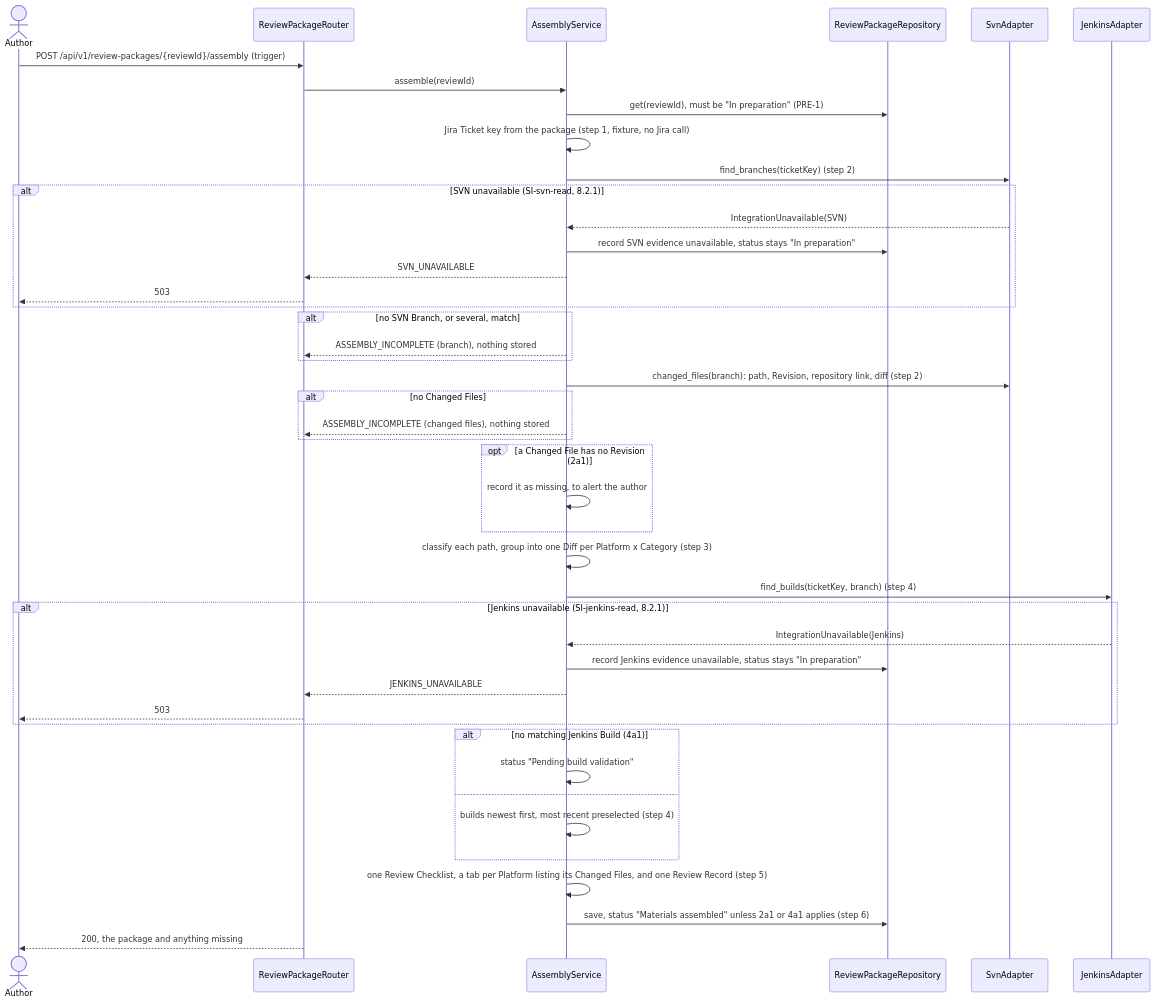
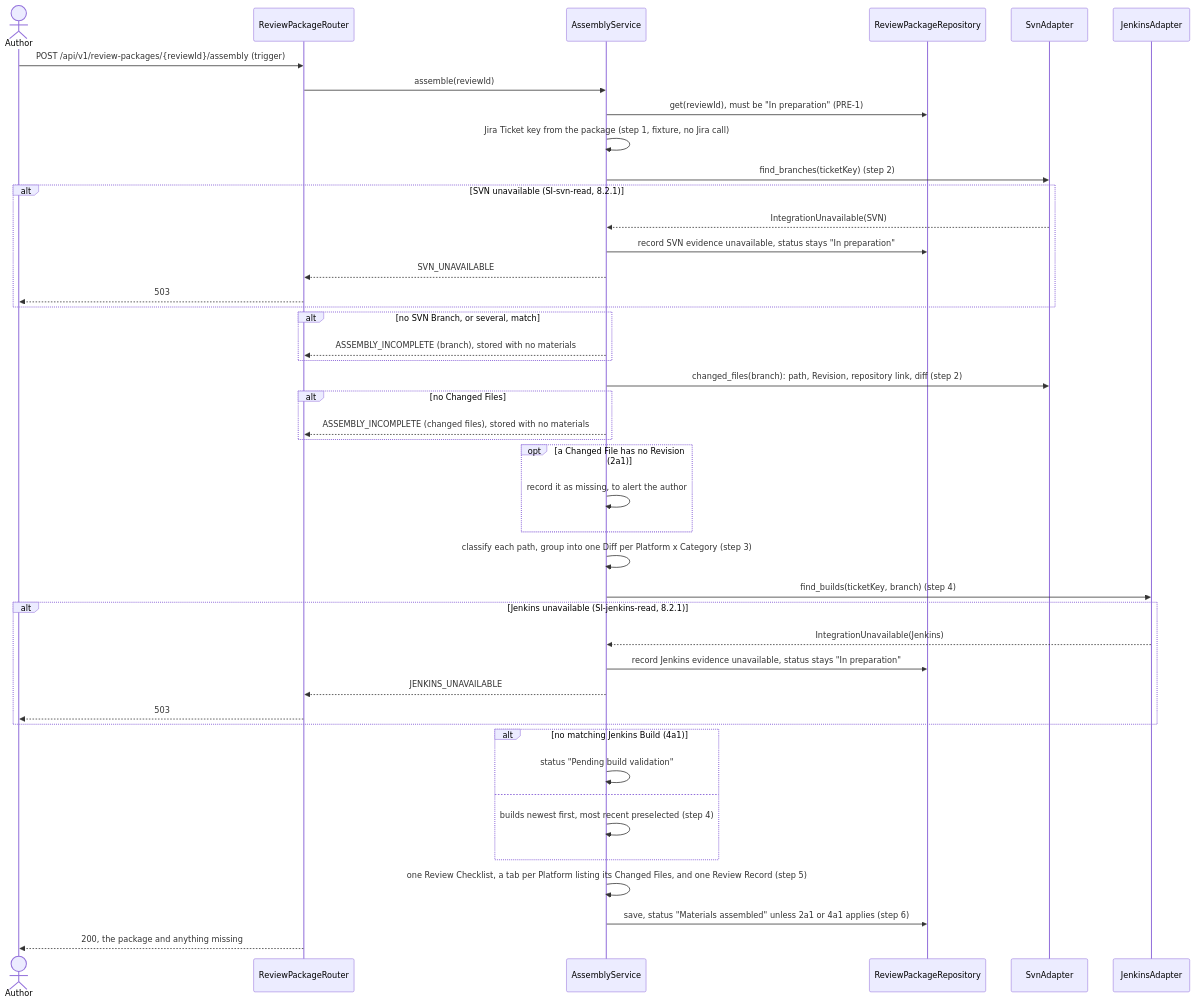
The second of 2 diagrams in docs/design/rev.md (olehzu/RevView-OMNI), drawn with Mermaid before and after one commit. The commit also changed other lines of this file and 7 other files, not shown here.

````diff
--- a/docs/design/rev.md
+++ b/docs/design/rev.md
@@ -97,46 +97,46 @@
 ```mermaid
 sequenceDiagram
     actor A as Author
     participant R as ReviewPackageRouter
     participant S as AssemblyService
     participant DB as ReviewPackageRepository
     participant SVN as SvnAdapter
     participant J as JenkinsAdapter
     A->>R: POST /api/v1/review-packages/{reviewId}/assembly (trigger)
     R->>S: assemble(reviewId)
     S->>DB: get(reviewId), must be "In preparation" (PRE-1)
     S->>S: Jira Ticket key from the package (step 1, fixture, no Jira call)
     S->>SVN: find_branches(ticketKey) (step 2)
     alt SVN unavailable (SI-svn-read, 8.2.1)
         SVN-->>S: IntegrationUnavailable(SVN)
         S->>DB: record SVN evidence unavailable, status stays "In preparation"
         S-->>R: SVN_UNAVAILABLE
         R-->>A: 503
     end
     alt no SVN Branch, or several, match
-        S-->>R: ASSEMBLY_INCOMPLETE (branch), nothing stored
+        S-->>R: ASSEMBLY_INCOMPLETE (branch), stored with no materials
     end
     S->>SVN: changed_files(branch): path, Revision, repository link, diff (step 2)
     alt no Changed Files
-        S-->>R: ASSEMBLY_INCOMPLETE (changed files), nothing stored
+        S-->>R: ASSEMBLY_INCOMPLETE (changed files), stored with no materials
     end
     opt a Changed File has no Revision (2a1)
         S->>S: record it as missing, to alert the author
     end
     S->>S: classify each path, group into one Diff per Platform x Category (step 3)
     S->>J: find_builds(ticketKey, branch) (step 4)
     alt Jenkins unavailable (SI-jenkins-read, 8.2.1)
         J-->>S: IntegrationUnavailable(Jenkins)
         S->>DB: record Jenkins evidence unavailable, status stays "In preparation"
         S-->>R: JENKINS_UNAVAILABLE
         R-->>A: 503
     end
     alt no matching Jenkins Build (4a1)
         S->>S: status "Pending build validation"
     else
         S->>S: builds newest first, most recent preselected (step 4)
     end
     S->>S: one Review Checklist, a tab per Platform listing its Changed Files, and one Review Record (step 5)
     S->>DB: save, status "Materials assembled" unless 2a1 or 4a1 applies (step 6)
     R-->>A: 200, the package and anything missing
 ```
````
